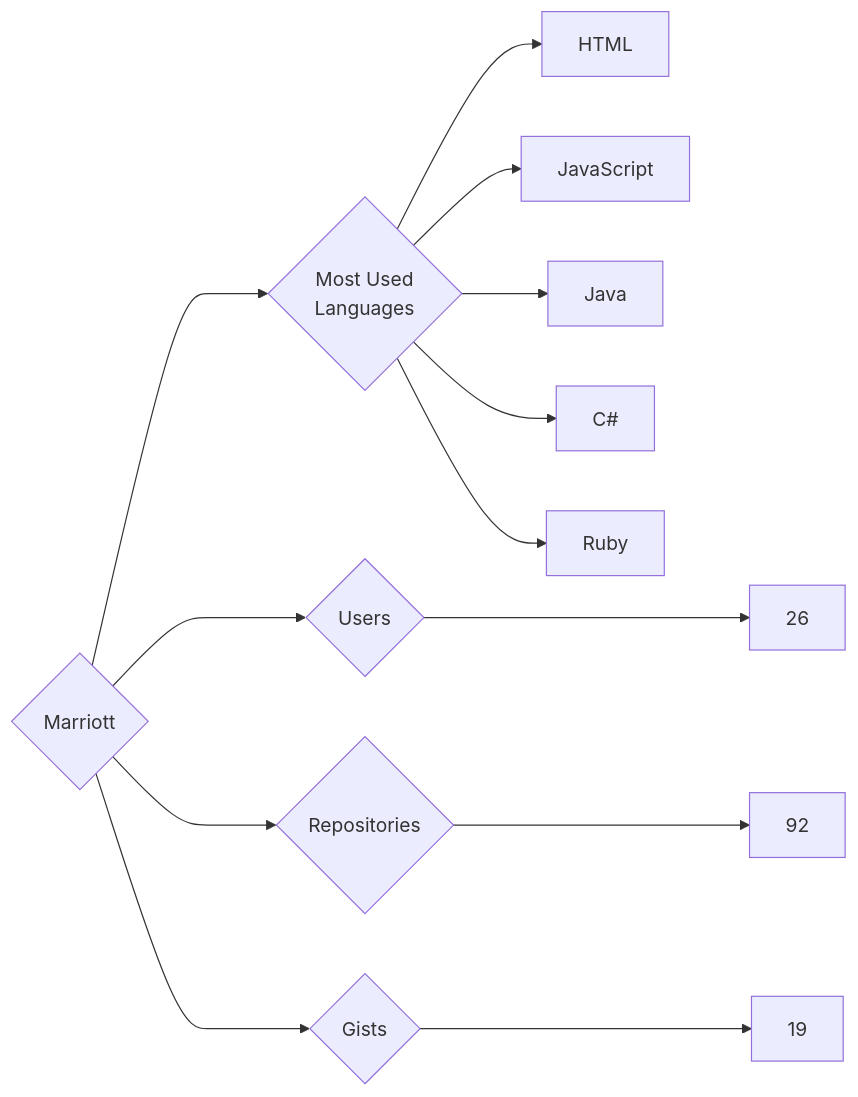
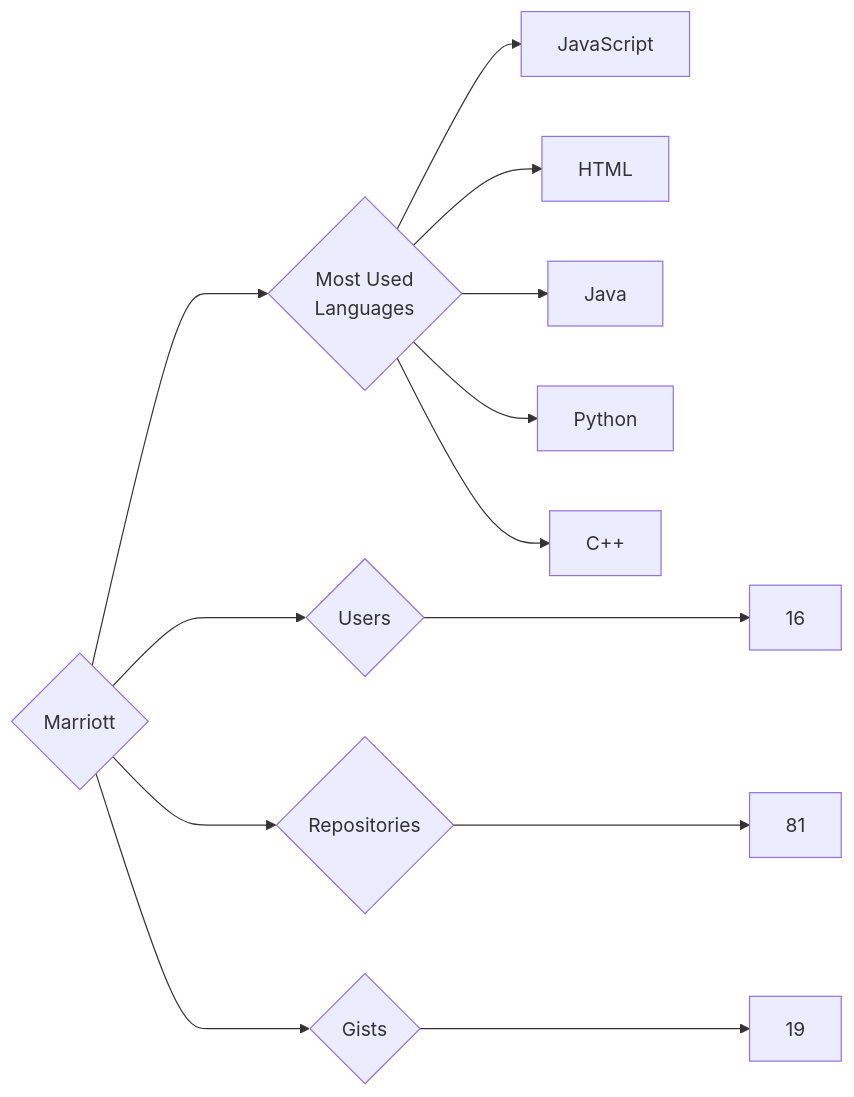
One commit to trickest/insiders changed the diagram in targets/Marriott/README.md. Above: the diagram before and after it, drawn with Mermaid. The commit also changed 976 other files, not shown here.

````diff
--- a/targets/Marriott/README.md
+++ b/targets/Marriott/README.md
@@ -3,13 +3,13 @@
 ```mermaid
 graph LR
 COMPANY_NAME{Marriott}
-COMPANY_NAME ---> U{Users} ---> UN[26]
-COMPANY_NAME ---> R{Repositories} ---> RN[92]
+COMPANY_NAME ---> U{Users} ---> UN[16]
+COMPANY_NAME ---> R{Repositories} ---> RN[81]
 COMPANY_NAME ---> G{Gists} ---> GN[19]
 COMPANY_NAME ---> ML{Most Used<br>Languages}
+ML --> JavaScript[JavaScript]
 ML --> HTML[HTML]
-ML --> JavaScript[JavaScript]
 ML --> Java[Java]
-ML --> C#[C#]
-ML --> Ruby[Ruby]
+ML --> Python[Python]
+ML --> C++[C++]
 ```
````
